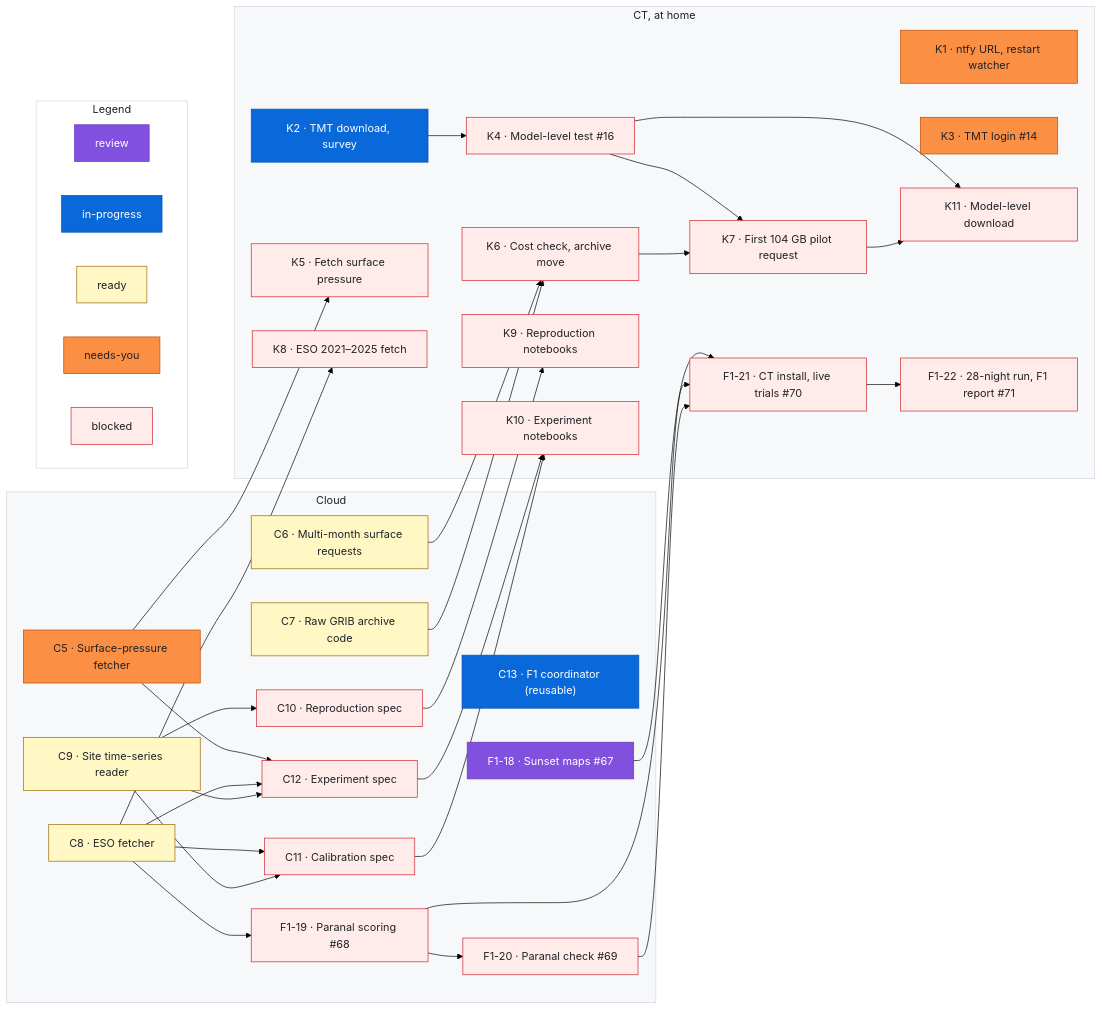
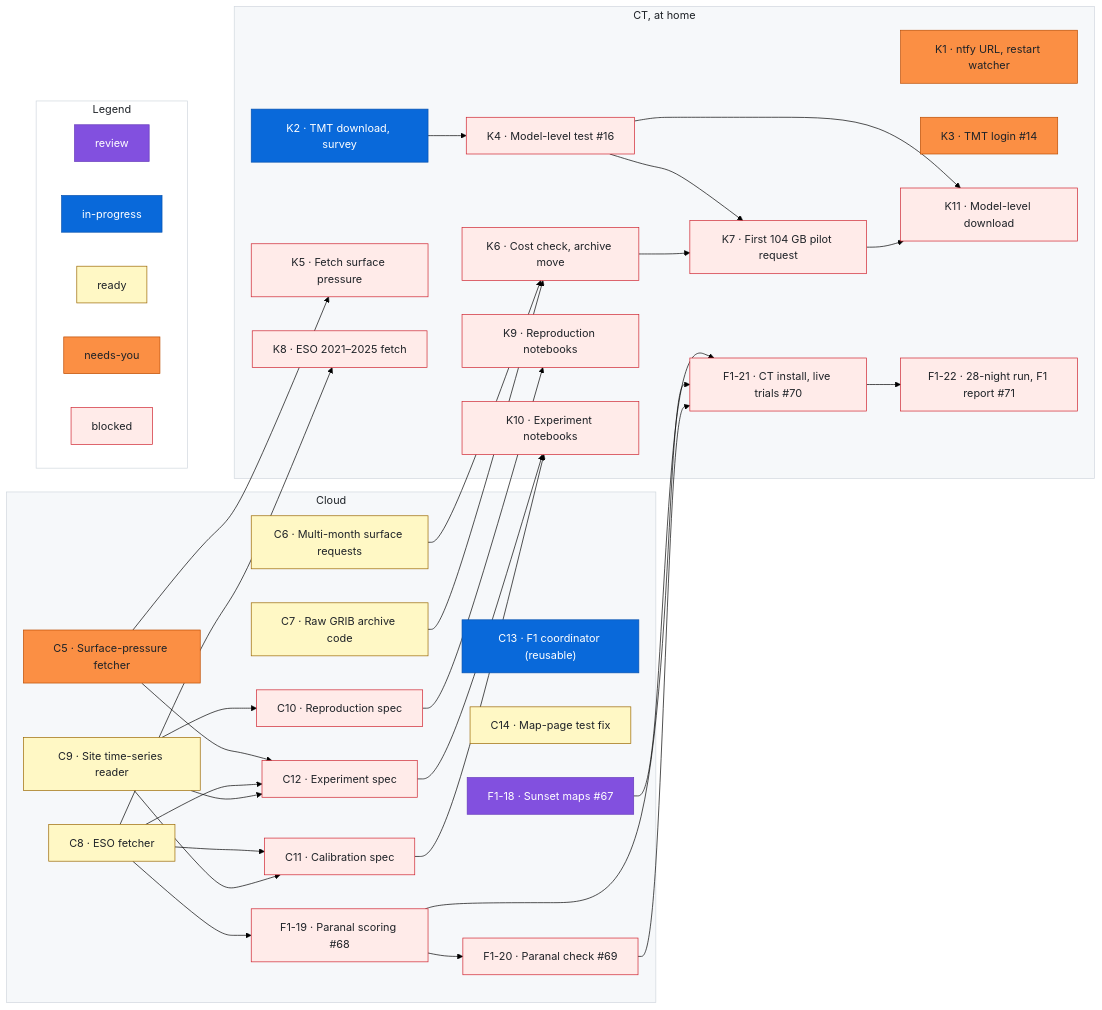
Before and after one commit to rrweller/Astro-seeing: the diagram in docs/roadmap.md, drawn with Mermaid (forest theme). The commit also changed other lines of this file, not shown here.

First line of the commit message:
roadmap: add C14, fix the map page's flaky cell-click browser tests (D96 reserved)

```diff
--- a/docs/roadmap.md
+++ b/docs/roadmap.md
@@ -84,6 +86,7 @@
     C11["C11 · Calibration spec"]
     C12["C12 · Experiment spec"]
     C13["C13 · F1 coordinator (reusable)"]
+    C14["C14 · Map-page test fix"]
     F1_18["F1-18 · Sunset maps #67"]
     F1_19["F1-19 · Paranal scoring #68"]
     F1_20["F1-20 · Paranal check #69"]
@@ -160,6 +163,8 @@
   %% ---
   class C13 inprogress
   %% ---
+  class C14 ready
+  %% ---
   class F1_18 review
   %% ---
   class F1_19 blocked
```
